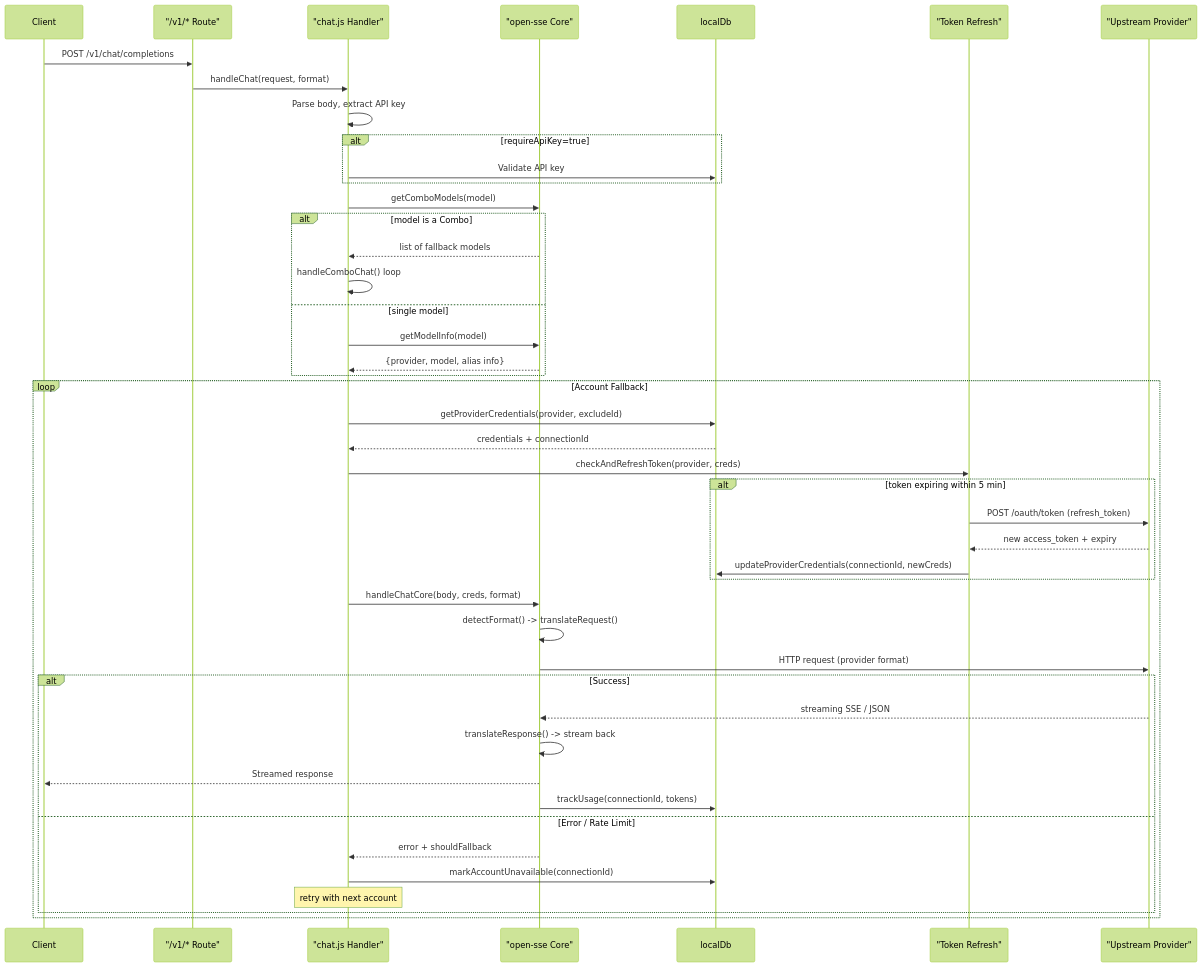
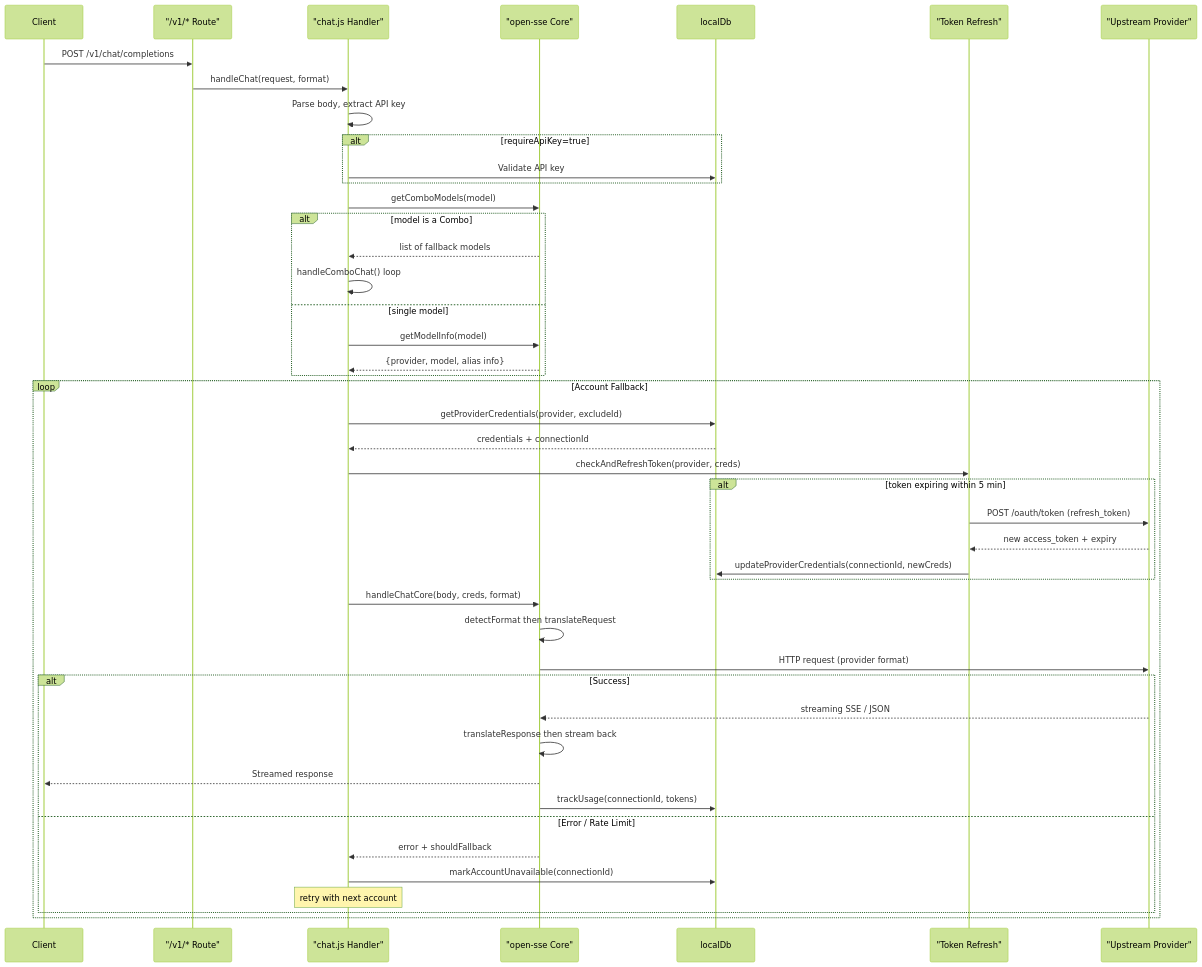
The second of 9 diagrams in docs/DIAGRAMS.md (dt418/9router-docker), drawn with Mermaid (forest theme) before and after one commit. The commit also changed other lines of this file and 4 other files, not shown here.

First line of the commit message:
feat: update mermaid validation with @probelabs/maid

````diff
--- a/docs/DIAGRAMS.md
+++ b/docs/DIAGRAMS.md
@@ -100,54 +100,54 @@
 ```mermaid
 sequenceDiagram
     participant Client
     participant API as "/v1/* Route"
     participant Handler as "chat.js Handler"
     participant OSS as "open-sse Core"
     participant DB as localDb
     participant Refresh as "Token Refresh"
     participant Upstream as "Upstream Provider"
 
     Client->>API: POST /v1/chat/completions
     API->>Handler: handleChat(request, format)
 
     Handler->>Handler: Parse body, extract API key
     alt requireApiKey=true
         Handler->>DB: Validate API key
     end
 
     Handler->>OSS: getComboModels(model)
     alt model is a Combo
         OSS-->>Handler: list of fallback models
         Handler->>Handler: handleComboChat() loop
     else single model
         Handler->>OSS: getModelInfo(model)
         OSS-->>Handler: {provider, model, alias info}
     end
 
     loop Account Fallback
         Handler->>DB: getProviderCredentials(provider, excludeId)
         DB-->>Handler: credentials + connectionId
 
         Handler->>Refresh: checkAndRefreshToken(provider, creds)
         alt token expiring within 5 min
             Refresh->>Upstream: POST /oauth/token (refresh_token)
             Upstream-->>Refresh: new access_token + expiry
             Refresh->>DB: updateProviderCredentials(connectionId, newCreds)
         end
 
         Handler->>OSS: handleChatCore(body, creds, format)
-        OSS->>OSS: detectFormat() -> translateRequest()
+        OSS->>OSS: detectFormat then translateRequest
         OSS->>Upstream: HTTP request (provider format)
 
         alt Success
             Upstream-->>OSS: streaming SSE / JSON
-            OSS->>OSS: translateResponse() -> stream back
+            OSS->>OSS: translateResponse then stream back
             OSS-->>Client: Streamed response
             OSS->>DB: trackUsage(connectionId, tokens)
         else Error / Rate Limit
             OSS-->>Handler: error + shouldFallback
             Handler->>DB: markAccountUnavailable(connectionId)
             Note over Handler: retry with next account
         end
     end
 ```
````
